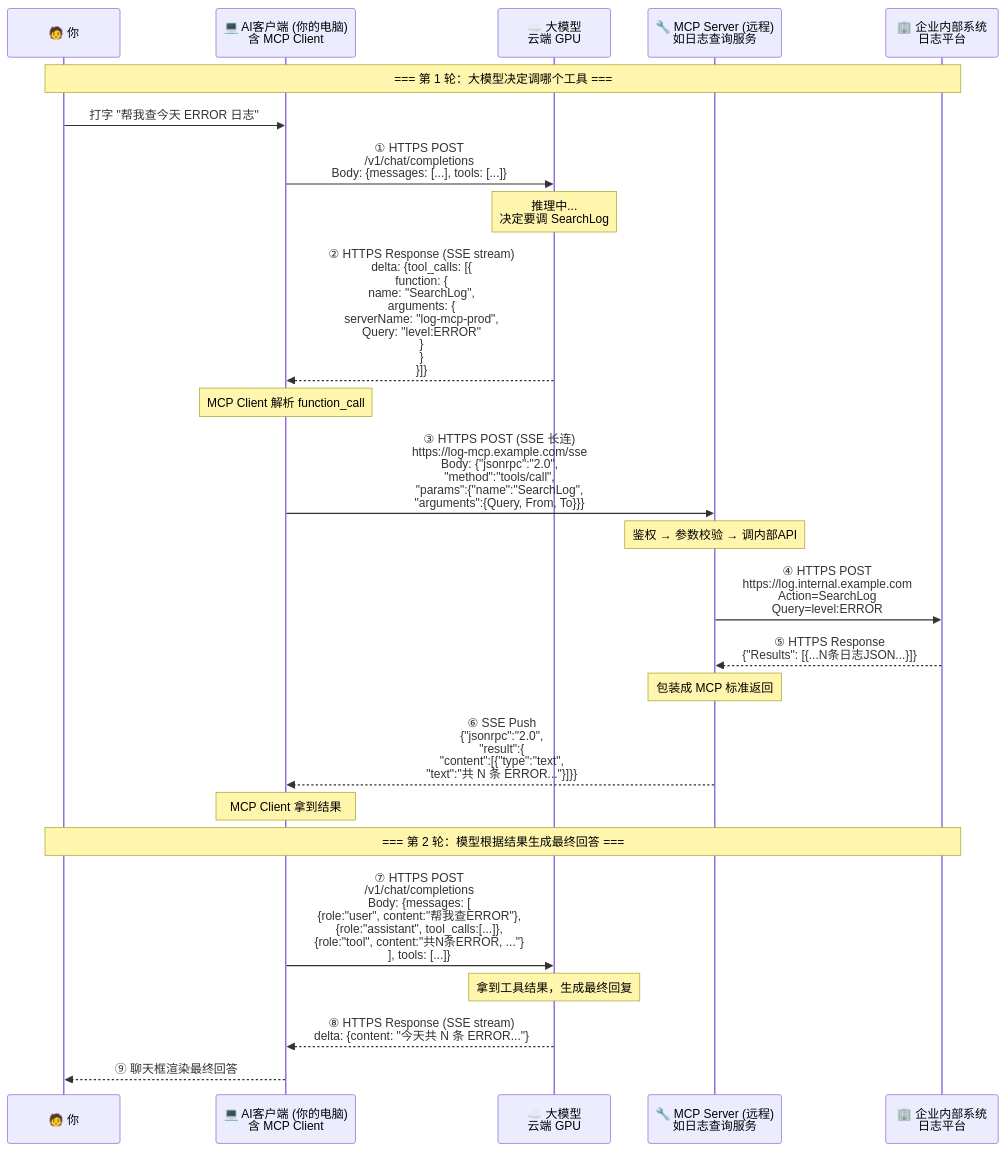
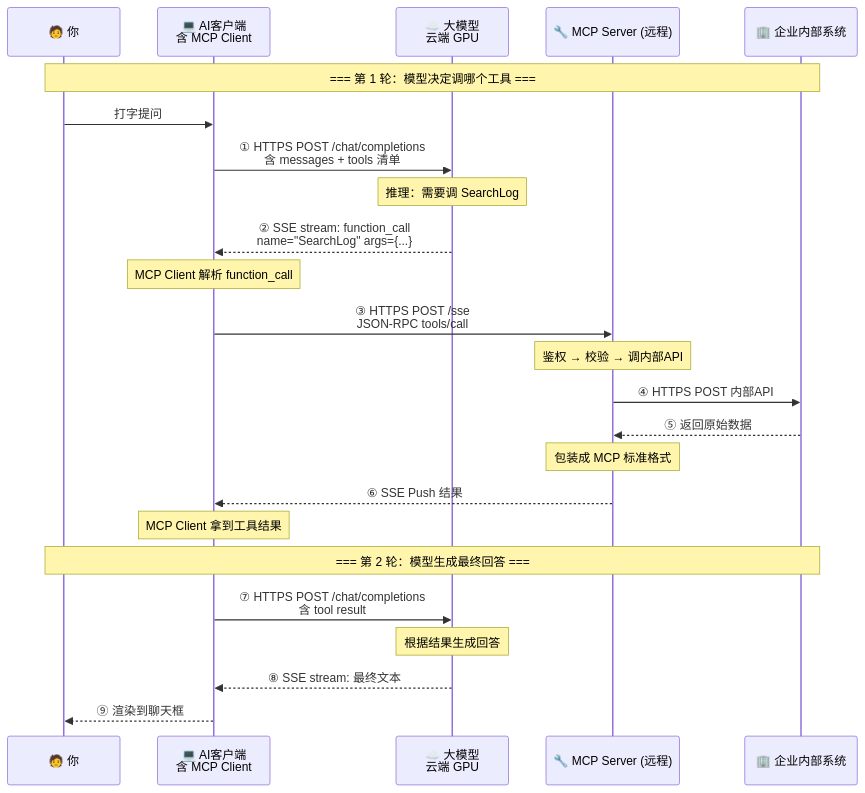
One commit to CuriousLinYu/blog changed the fourth of 15 diagrams in 2026-07-27-MCP全面理解从架构到数据流的全景解析.md. Above: the diagram before and after it, drawn with Mermaid. The commit also changed other lines of this file, not shown here.

Commit message:
docs: MCP文章重构——ASCII图全部替换为Mermaid圆形实体流转图，新增Function Calling详解章节

````diff
--- a/2026-07-27-MCP全面理解从架构到数据流的全景解析.md
+++ b/2026-07-27-MCP全面理解从架构到数据流的全景解析.md
@@ -112,43 +195,31 @@
 ```mermaid
 sequenceDiagram
     participant 你 as 🧑 你
-    participant Client as 💻 AI客户端 (你的电脑)<br/>含 MCP Client
+    participant Client as 💻 AI客户端<br/>含 MCP Client
     participant LLM as ☁️ 大模型<br/>云端 GPU
-    participant MCPSrv as 🔧 MCP Server (远程)<br/>如日志查询服务
-    participant Internal as 🏢 企业内部系统<br/>日志平台
+    participant MCPSrv as 🔧 MCP Server (远程)
+    participant Internal as 🏢 企业内部系统
 
-    Note over 你,Internal: === 第 1 轮：大模型决定调哪个工具 ===
+    Note over 你,Internal: === 第 1 轮：模型决定调哪个工具 ===
 
-    你->>Client: 打字 "帮我查今天 ERROR 日志"
-    Client->>LLM: ① HTTPS POST<br/>/v1/chat/completions<br/>Body: {messages: [...], tools: [...]}
+    你->>Client: 打字提问
+    Client->>LLM: ① HTTPS POST /chat/completions<br/>含 messages + tools 清单
+    Note over LLM: 推理：需要调 SearchLog
+    LLM-->>Client: ② SSE stream: function_call<br/>name="SearchLog" args={...}
+    Note over Client: MCP Client 解析 function_call
+    Client->>MCPSrv: ③ HTTPS POST /sse<br/>JSON-RPC tools/call
+    Note over MCPSrv: 鉴权 → 校验 → 调内部API
+    MCPSrv->>Internal: ④ HTTPS POST 内部API
+    Internal-->>MCPSrv: ⑤ 返回原始数据
+    Note over MCPSrv: 包装成 MCP 标准格式
+    MCPSrv-->>Client: ⑥ SSE Push 结果
 
-    Note over LLM: 推理中...<br/>决定要调 SearchLog
+    Note over Client: MCP Client 拿到工具结果
 
-    LLM-->>Client: ② HTTPS Response (SSE stream)<br/>delta: {tool_calls: [{<br/>  function: {<br/>    name: "SearchLog",<br/>    arguments: {<br/>      serverName: "log-mcp-prod",<br/>      Query: "level:ERROR"<br/>    }<br/>  }<br/>}]}
+    Note over 你,Internal: === 第 2 轮：模型生成最终回答 ===
 
-    Note over Client: MCP Client 解析 function_call
-
-    Client->>MCPSrv: ③ HTTPS POST (SSE 长连)<br/>https://log-mcp.example.com/sse<br/>Body: {"jsonrpc":"2.0",<br/>  "method":"tools/call",<br/>  "params":{"name":"SearchLog",<br/>    "arguments":{Query, From, To}}}
-
-    Note over MCPSrv: 鉴权 → 参数校验 → 调内部API
-
-    MCPSrv->>Internal: ④ HTTPS POST<br/>https://log.internal.example.com<br/>Action=SearchLog<br/>Query=level:ERROR
-
-    Internal-->>MCPSrv: ⑤ HTTPS Response<br/>{"Results": [{...N条日志JSON...}]}
-
-    Note over MCPSrv: 包装成 MCP 标准返回
-
-    MCPSrv-->>Client: ⑥ SSE Push<br/>{"jsonrpc":"2.0",<br/>  "result":{<br/>    "content":[{"type":"text",<br/>      "text":"共 N 条 ERROR..."}]}}
-
-    Note over Client: MCP Client 拿到结果
-
-    Note over 你,Internal: === 第 2 轮：模型根据结果生成最终回答 ===
-
-    Client->>LLM: ⑦ HTTPS POST<br/>/v1/chat/completions<br/>Body: {messages: [<br/>  {role:"user", content:"帮我查ERROR"},<br/>  {role:"assistant", tool_calls:[...]},<br/>  {role:"tool", content:"共N条ERROR, ..."}<br/>], tools: [...]}
-
-    Note over LLM: 拿到工具结果，生成最终回复
-
-    LLM-->>Client: ⑧ HTTPS Response (SSE stream)<br/>delta: {content: "今天共 N 条 ERROR..."}
-
-    Client-->>你: ⑨ 聊天框渲染最终回答
+    Client->>LLM: ⑦ HTTPS POST /chat/completions<br/>含 tool result
+    Note over LLM: 根据结果生成回答
+    LLM-->>Client: ⑧ SSE stream: 最终文本
+    Client-->>你: ⑨ 渲染到聊天框
 ```
````
